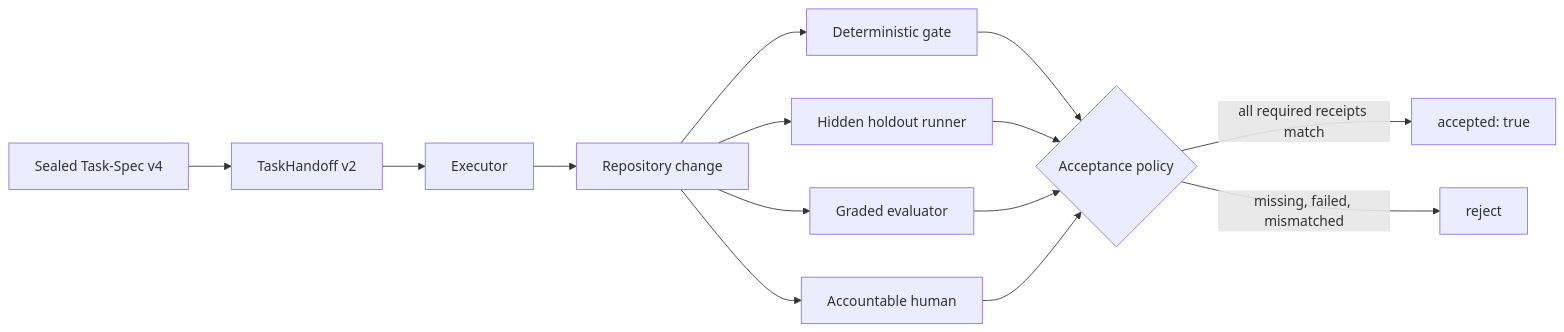
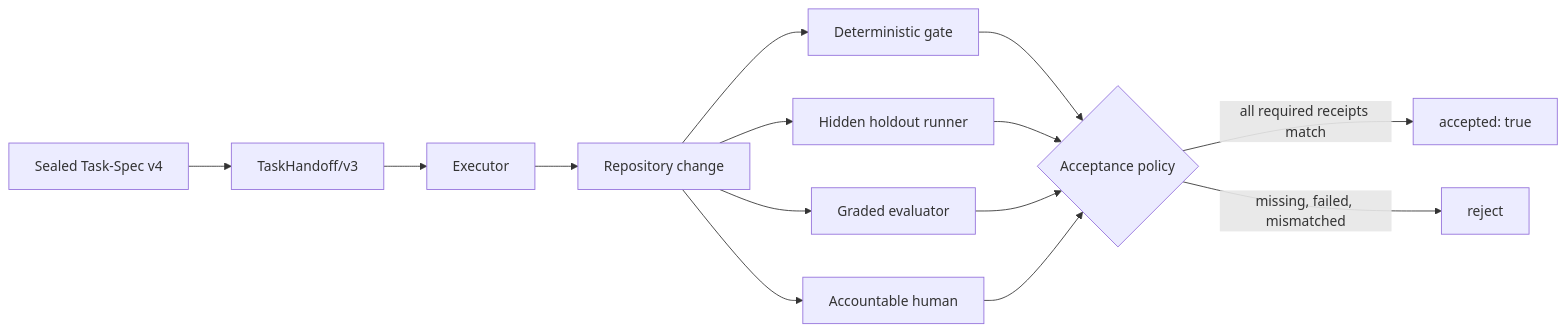
The diagram in docs/concepts/evaluation-policy.md (luanmorenommaciel/task-spec), drawn with Mermaid before and after one commit. The commit also changed 144 other files, not shown here.

Commit message:
Release Task-Spec 3.8 trust and global experience

````diff
--- a/docs/concepts/evaluation-policy.md
+++ b/docs/concepts/evaluation-policy.md
@@ -15,16 +15,16 @@
 ```mermaid
 flowchart LR
-  S[Sealed Task-Spec v4] --> H[TaskHandoff v2]
+  S[Sealed Task-Spec v4] --> H[TaskHandoff/v3]
   H --> X[Executor]
   X --> C[Repository change]
   C --> D[Deterministic gate]
   C --> O[Hidden holdout runner]
   C --> G[Graded evaluator]
   C --> U[Accountable human]
   D --> A{Acceptance policy}
   O --> A
   G --> A
   U --> A
   A -->|all required receipts match| P[accepted: true]
   A -->|missing, failed, mismatched| R[reject]
 ```
````
